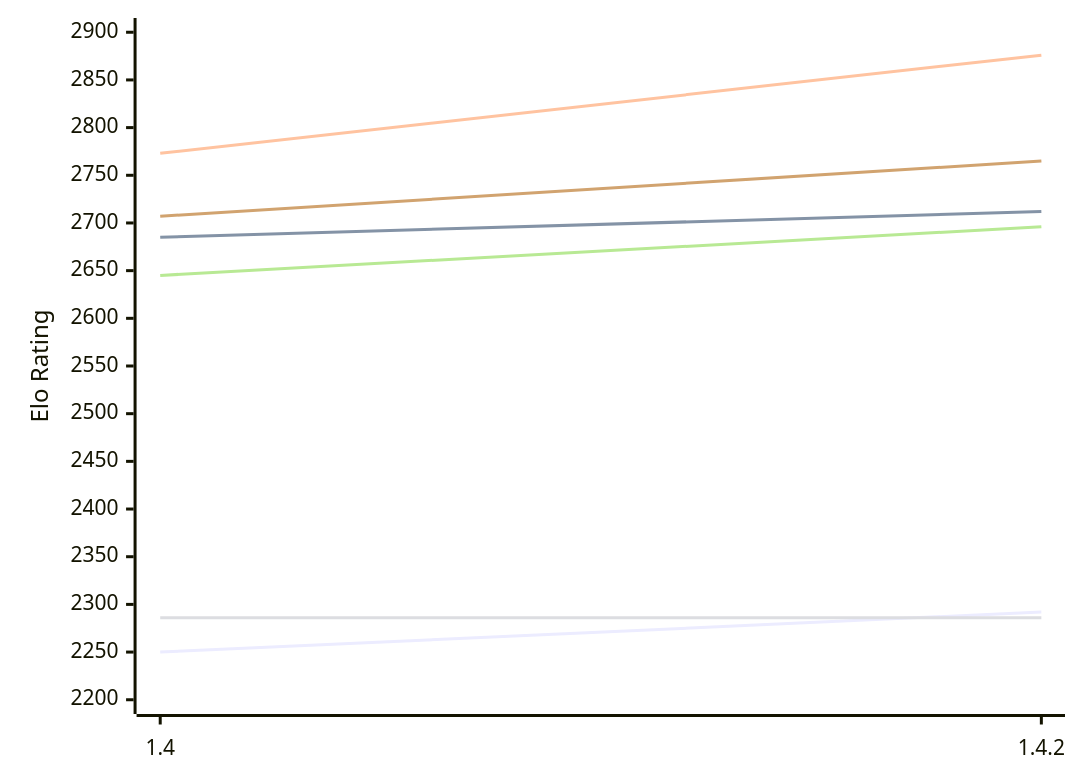
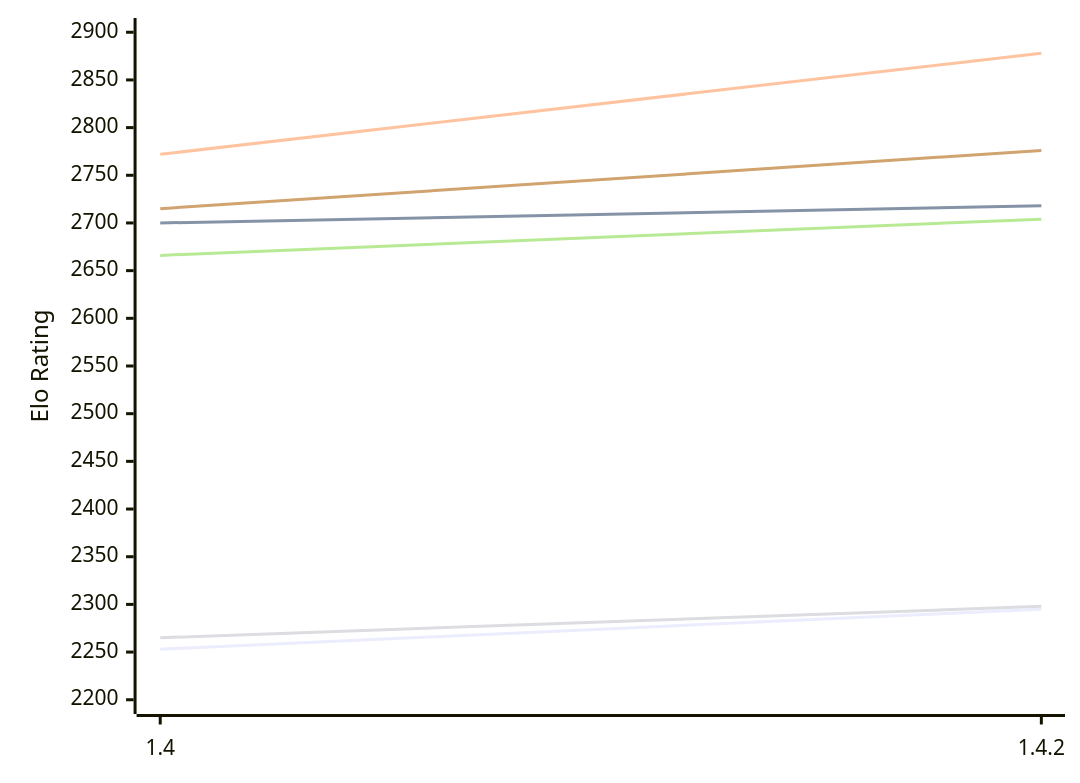
One commit to computer-chess-index/cci changed the first of 2 diagrams in engines/Spike.md. Above: the diagram before and after it, drawn with Mermaid. The commit also changed other lines of this file, not shown here.

Commit message:
Update CCI Ratings (ELO VLTC) - 2026-11-25

````diff
--- a/engines/Spike.md
+++ b/engines/Spike.md
@@ -50,12 +50,12 @@
 ```mermaid
 %%{init: {"theme":"base","themeVariables":{"seriesColors:['#a3a3a3','#222221','#faa371']}}}%%
 xychart-beta
   x-axis ["1.4", "1.4.2"]
   y-axis "Elo Rating" 2200 --> 2900
-  line "E1: STC (8.0+0.08s)" [2250, 2292]
-  line "E1: LTC (60.0+0.60s)" [2685, 2712]
-  line "E1: VLTC (2m24s+1.12s)" [2773, 2876]
-  line "P1: STC (8.0+0.08s)" [2286, 2286]
-  line "P1: LTC (60.0+0.60s)" [2645, 2696]
-  line "P1: VLTC (2m24s+1.12s)" [2707, 2765]
+  line "E1: STC (8.0+0.08s)" [2253, 2295]
+  line "E1: LTC (60.0+0.60s)" [2700, 2718]
+  line "E1: VLTC (2m24s+1.12s)" [2772, 2878]
+  line "P1: STC (8.0+0.08s)" [2265, 2298]
+  line "P1: LTC (60.0+0.60s)" [2666, 2704]
+  line "P1: VLTC (2m24s+1.12s)" [2715, 2776]
 ```
````
